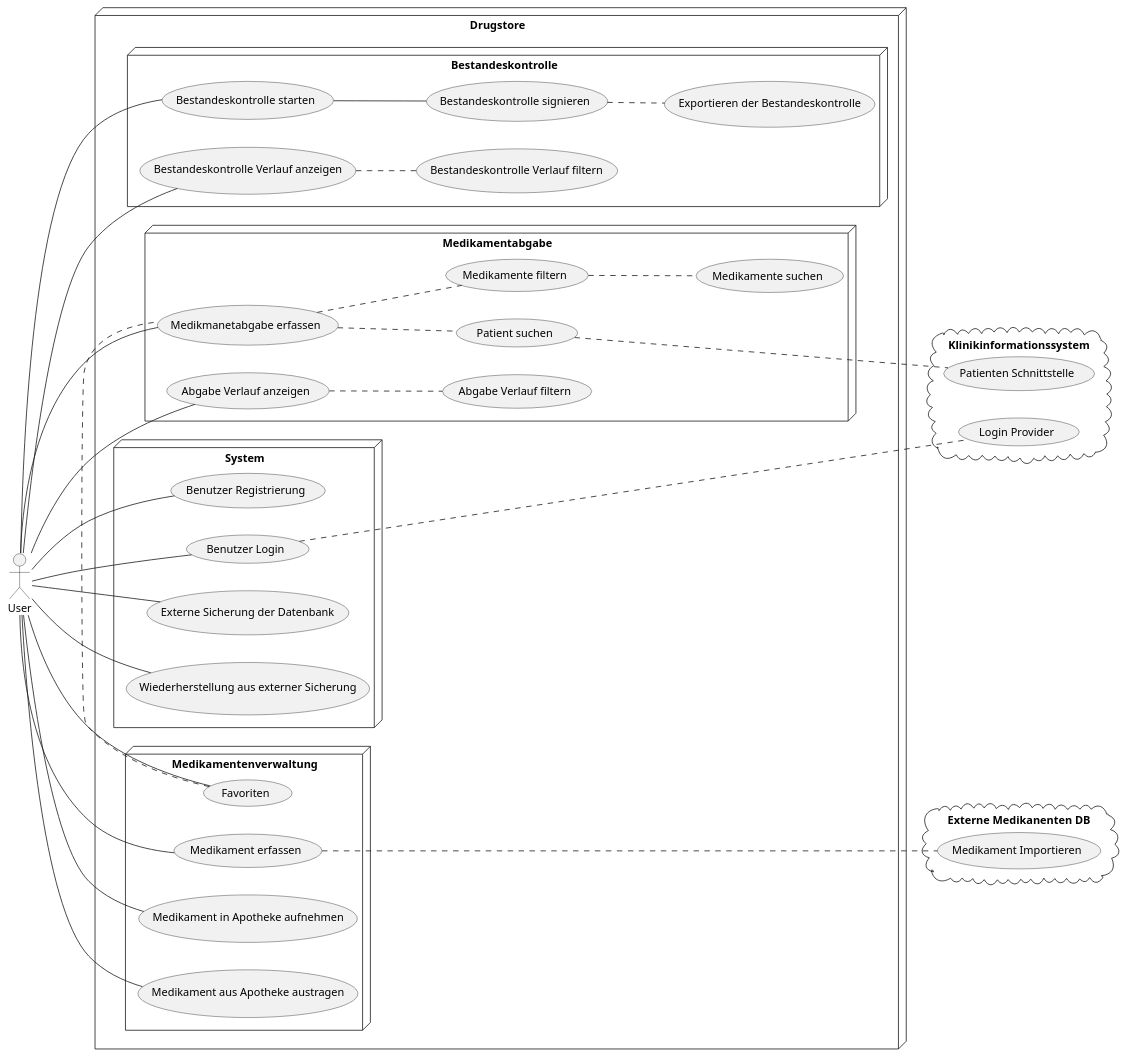
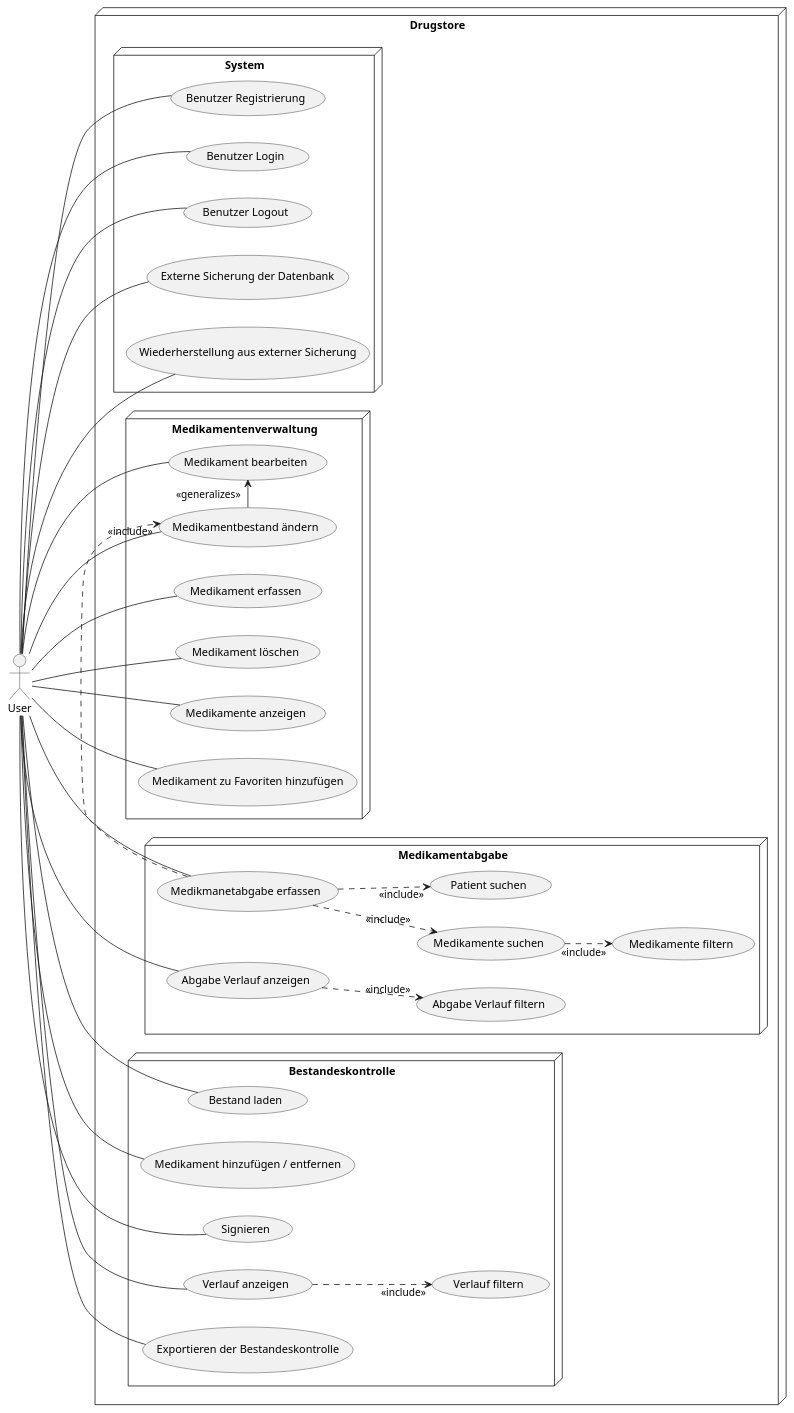
Before and after one commit to lucahost/drugstore: the diagram in docs/use-cases/00_overview.puml, drawn with PlantUML. The commit also changed 5 other files, not shown here.

```diff
--- a/docs/use-cases/00_overview.puml
+++ b/docs/use-cases/00_overview.puml
@@ -1,77 +1,75 @@
 @startuml usecase-overview
 left to right direction
 node Drugstore {
 
     node System {
         usecase "Benutzer Registrierung" as UC11
         usecase "Benutzer Login" as UC12
-        usecase "Externe Sicherung der Datenbank" as UC13
-        usecase "Wiederherstellung aus externer Sicherung" as UC14
+        usecase "Benutzer Logout" as UC13
+        usecase "Externe Sicherung der Datenbank" as UC14
+        usecase "Wiederherstellung aus externer Sicherung" as UC15
     }
 
     node Medikamentenverwaltung {
         usecase "Medikament erfassen" as UC21
-        usecase "Medikament in Apotheke aufnehmen" as UC22
-        usecase "Medikament aus Apotheke austragen" as UC23
-        usecase "Favoriten" as UC24
+        usecase "Medikament bearbeiten" as UC22
+        usecase "Medikament löschen" as UC23
+        usecase "Medikamente anzeigen" as UC24
+        usecase "Medikamentbestand ändern" as UC25
+        usecase "Medikament zu Favoriten hinzufügen" as UC26
     }
 
     node Medikamentabgabe {
         usecase "Medikmanetabgabe erfassen" as UC31
-        usecase "Medikamente filtern" as UC32
-        usecase "Medikamente suchen" as UC33
+        usecase "Medikamente suchen" as UC32
+        usecase "Medikamente filtern" as UC33
         usecase "Patient suchen" as UC34
         usecase "Abgabe Verlauf anzeigen" as UC35
         usecase "Abgabe Verlauf filtern" as UC36
     }
 
     node Bestandeskontrolle {
-        usecase "Bestandeskontrolle starten" as UC41
-        usecase "Bestandeskontrolle signieren" as UC42
-        usecase "Exportieren der Bestandeskontrolle" as UC43
-        usecase "Bestandeskontrolle Verlauf anzeigen" as UC44
-        usecase "Bestandeskontrolle Verlauf filtern" as UC45
+        usecase "Bestand laden" as UC41
+        usecase "Medikament hinzufügen / entfernen" as UC42
+        usecase "Signieren" as UC43
+        usecase "Verlauf anzeigen" as UC44
+        usecase "Verlauf filtern" as UC45
+        usecase "Exportieren der Bestandeskontrolle" as UC46
     }
 }
-cloud "Klinikinformationssystem" {
-    usecase "Login Provider" as LoginProvider
-    usecase "Patienten Schnittstelle" as PatientInterface
-}
-cloud "Externe Medikanenten DB" {
-    usecase "Medikament Importieren" as DrugImport
-}
-
 
 
 :User: - UC11
 :User: - UC12
 :User: - UC13
 :User: - UC14
+:User: - UC15
 
-:User: --- UC21
-:User: --- UC22
-:User: --- UC23
-:User: --- UC24
+:User: -- UC21
+:User: -- UC22
+:User: -- UC23
+:User: -- UC24
+:User: -- UC25
+:User: -- UC26
 
 :User: --- UC31
 :User: --- UC35
 
-:User: - UC41
-:User: - UC44
+:User: --- UC41
+:User: --- UC42
+:User: --- UC43
+:User: --- UC44
+:User: --- UC46
 
-UC24 . UC31
+UC22 <- "<<generalizes>>" UC25
 
-UC31 .. UC32
-UC32 .. UC33
-UC31 .. UC34
-UC35 .. UC36
+UC31 .> "<<include>>" UC25
 
-UC41 -- UC42
-UC42 .. UC43
-UC44 .. UC45
+UC31 ..> "<<include>>" UC32
+UC31 ..> "<<include>>" UC34
+UC32 ..> "<<include>>" UC33
+UC35 ..> "<<include>>" UC36
 
-UC12 ... LoginProvider
-UC21 .... DrugImport
-UC34 ... PatientInterface
+UC44 ..> "<<include>>" UC45
 
 @enduml
```
